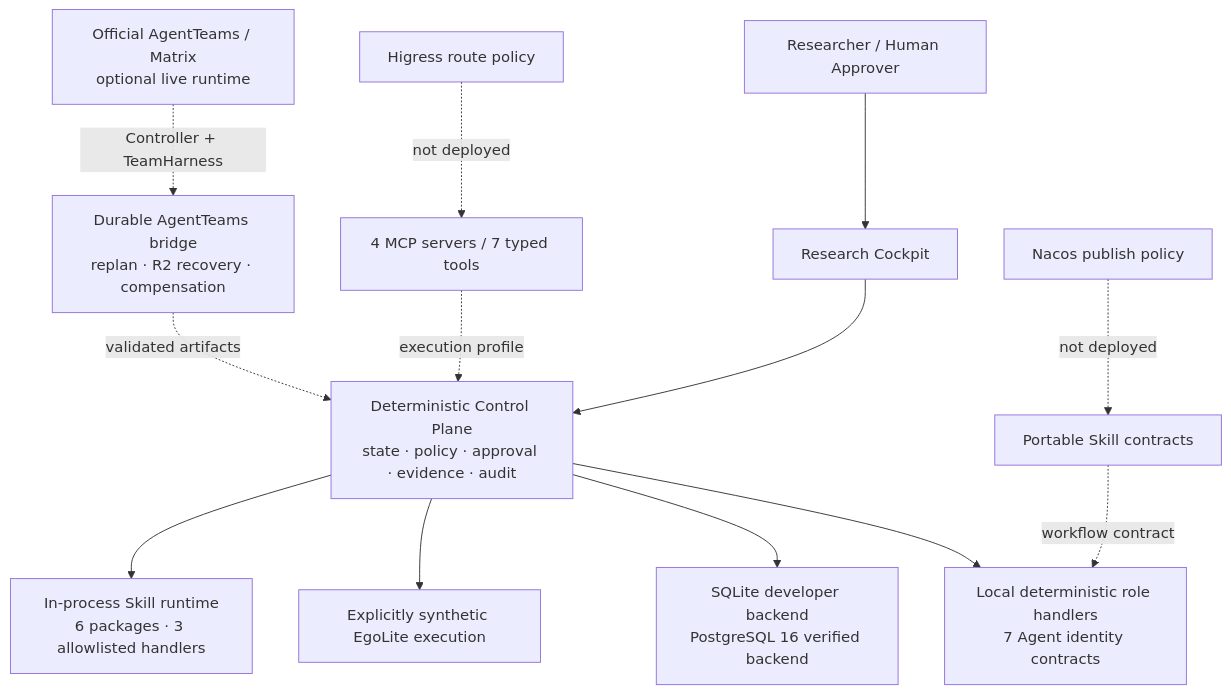
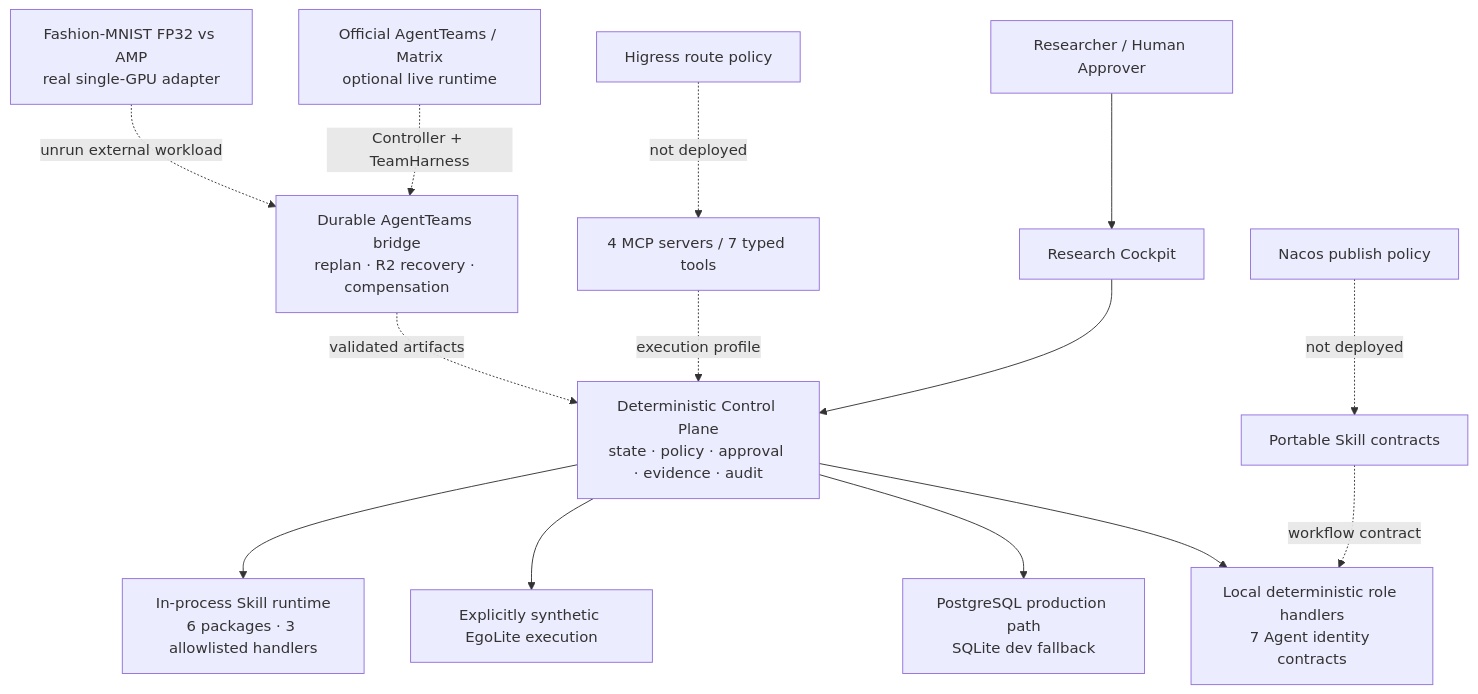
Before and after one commit to Sorasky681/ego_agent_infra_secure_memory: the diagram in README.md, drawn with Mermaid. The commit also changed other lines of this file and 24 other files, not shown here.

````diff
--- a/README.md
+++ b/README.md
@@ -97,15 +98,16 @@
 ```mermaid
 flowchart TB
   H["Researcher / Human Approver"] --> UI["Research Cockpit"]
   UI --> CP["Deterministic Control Plane\nstate · policy · approval · evidence · audit"]
   CP --> A["Local deterministic role handlers\n7 Agent identity contracts"]
-  CP --> DB["SQLite developer backend\nPostgreSQL 16 verified backend"]
+  CP --> DB["PostgreSQL production path\nSQLite dev fallback"]
   CP --> X["Explicitly synthetic EgoLite execution"]
   CP --> SR["In-process Skill runtime\n6 packages · 3 allowlisted handlers"]
   S["Portable Skill contracts"] -. workflow contract .-> A
   T["4 MCP servers / 7 typed tools"] -. execution profile .-> CP
   AT["Official AgentTeams / Matrix\noptional live runtime"] -. Controller + TeamHarness .-> AB["Durable AgentTeams bridge\nreplan · R2 recovery · compensation"]
   AB -. validated artifacts .-> CP
+  GPU["Fashion-MNIST FP32 vs AMP\nreal single-GPU adapter"] -. unrun external workload .-> AB
   HG["Higress route policy"] -. not deployed .-> T
   NC["Nacos publish policy"] -. not deployed .-> S
 ```
````
